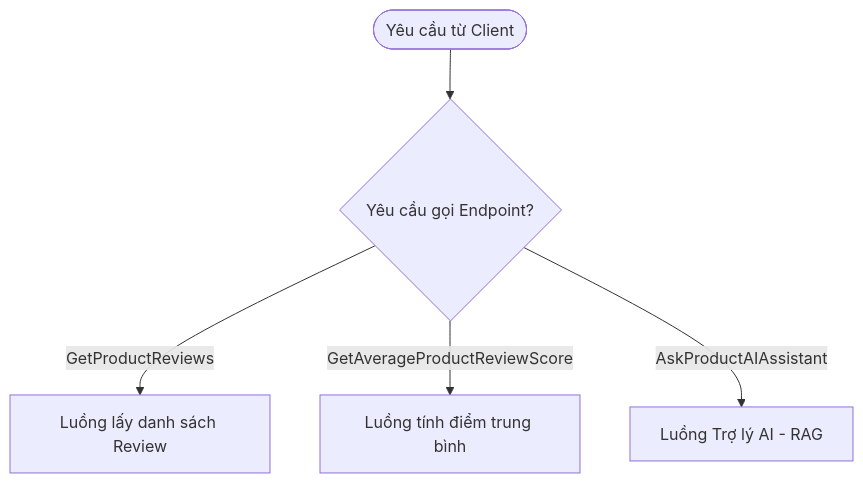
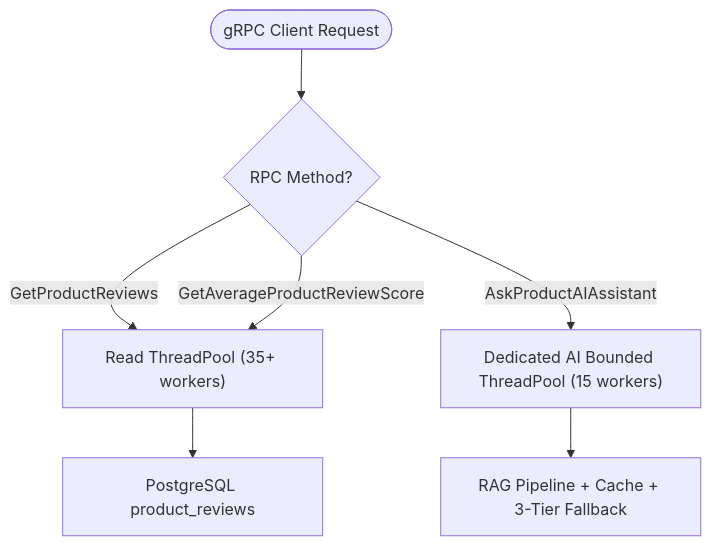
One commit to DangThao195/AIO02_TF3_Phase3 changed the first of 5 diagrams in AIE1/techx-corp-platform/src/product-reviews/README.md. Above: the diagram before and after it, drawn with Mermaid. The commit also changed other lines of this file and 16 other files, not shown here.

````diff
--- a/AIE1/techx-corp-platform/src/product-reviews/README.md
+++ b/AIE1/techx-corp-platform/src/product-reviews/README.md
@@ -52,7 +72,10 @@
 ```mermaid
 flowchart TD
-    Client([Yêu cầu từ Client]) --> Endpoints{Yêu cầu gọi Endpoint?}
-    Endpoints -->|GetProductReviews| Flow1[Luồng lấy danh sách Review]
-    Endpoints -->|GetAverageProductReviewScore| Flow2[Luồng tính điểm trung bình]
-    Endpoints -->|AskProductAIAssistant| Flow3[Luồng Trợ lý AI - RAG]
+    Client([gRPC Client Request]) --> Router{RPC Method?}
+    Router -->|GetProductReviews| ReadPool["Read ThreadPool (35+ workers)"]
+    Router -->|GetAverageProductReviewScore| ReadPool
+    Router -->|AskProductAIAssistant| AIPool["Dedicated AI Bounded ThreadPool (15 workers)"]
+
+    ReadPool --> DB_Read["PostgreSQL product_reviews"]
+    AIPool --> RAG_Pipeline["RAG Pipeline + Cache + 3-Tier Fallback"]
 ```
````
